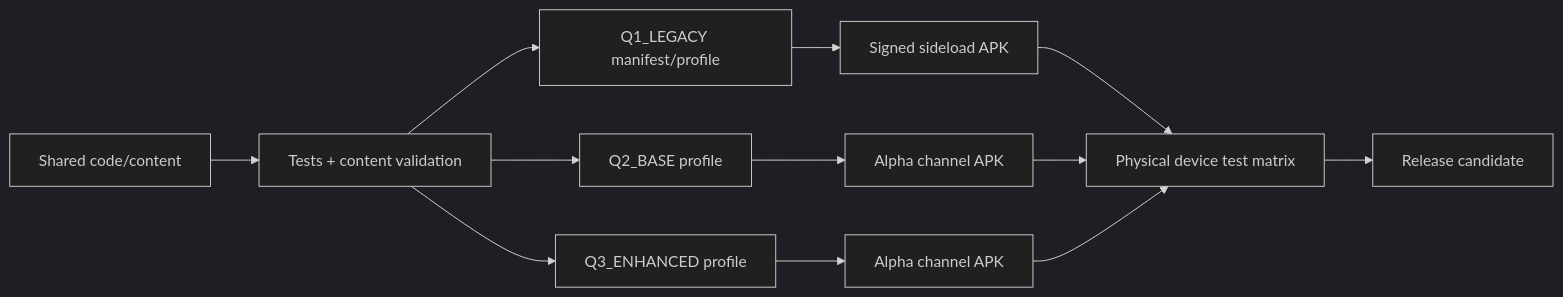
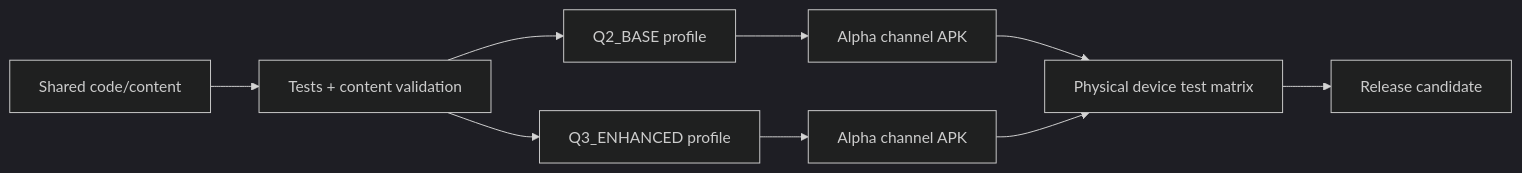
The diagram in diagrams/build_pipeline.mmd (Ternedal/Project-OEN-VR), drawn with Mermaid (dark theme) before and after one commit. The commit also changed 33 other files, not shown here.

```diff
--- a/diagrams/build_pipeline.mmd
+++ b/diagrams/build_pipeline.mmd
@@ -1,12 +1,9 @@
 flowchart LR
   Code[Shared code/content] --> Validate[Tests + content validation]
-  Validate --> Q1[Q1_LEGACY manifest/profile]
   Validate --> Q2[Q2_BASE profile]
   Validate --> Q3[Q3_ENHANCED profile]
-  Q1 --> APK1[Signed sideload APK]
   Q2 --> APK2[Alpha channel APK]
   Q3 --> APK3[Alpha channel APK]
-  APK1 --> Matrix[Physical device test matrix]
-  APK2 --> Matrix
+  APK2 --> Matrix[Physical device test matrix]
   APK3 --> Matrix
   Matrix --> RC[Release candidate]
```
